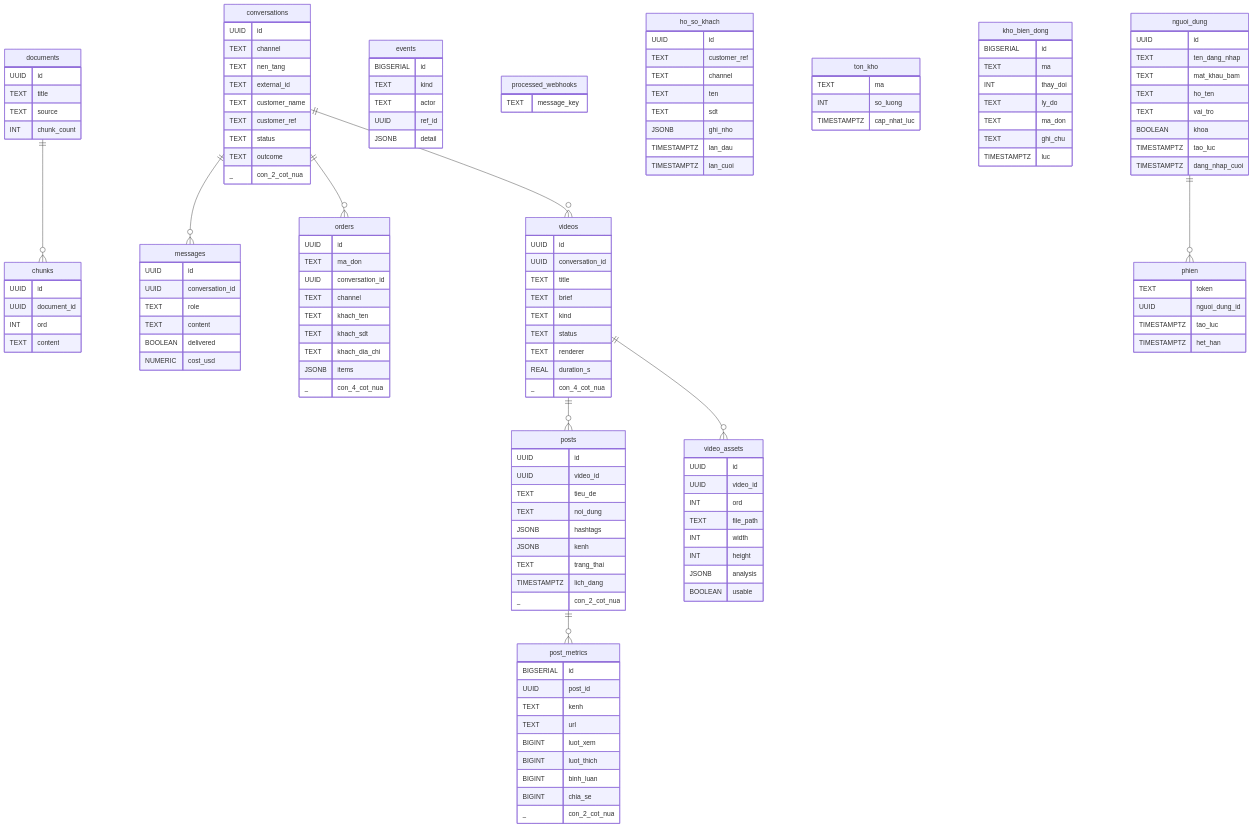
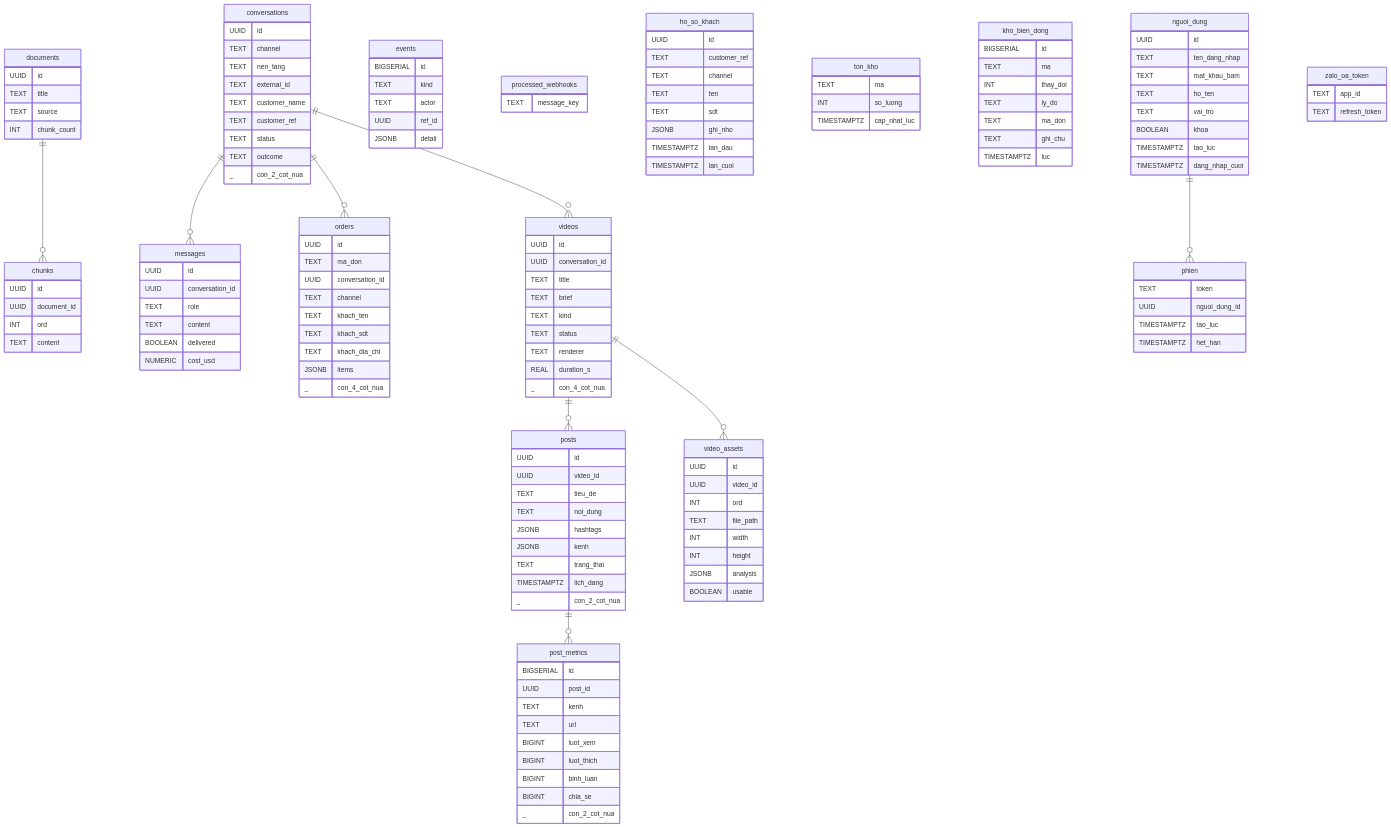
One commit to Harry-Kien/MarketingAgentDashboard changed the fourth of 4 diagrams in docs/kien-truc.md. Above: the diagram before and after it, drawn with Mermaid. The commit also changed other lines of this file and 46 other files, not shown here.

```diff
--- a/docs/kien-truc.md
+++ b/docs/kien-truc.md
@@ -272,6 +272,10 @@
         TIMESTAMPTZ tao_luc
         TIMESTAMPTZ het_han
     }
+    zalo_oa_token {
+        TEXT app_id
+        TEXT refresh_token
+    }
     documents ||--o{ chunks : ""
     conversations ||--o{ messages : ""
     conversations ||--o{ orders : ""
```
